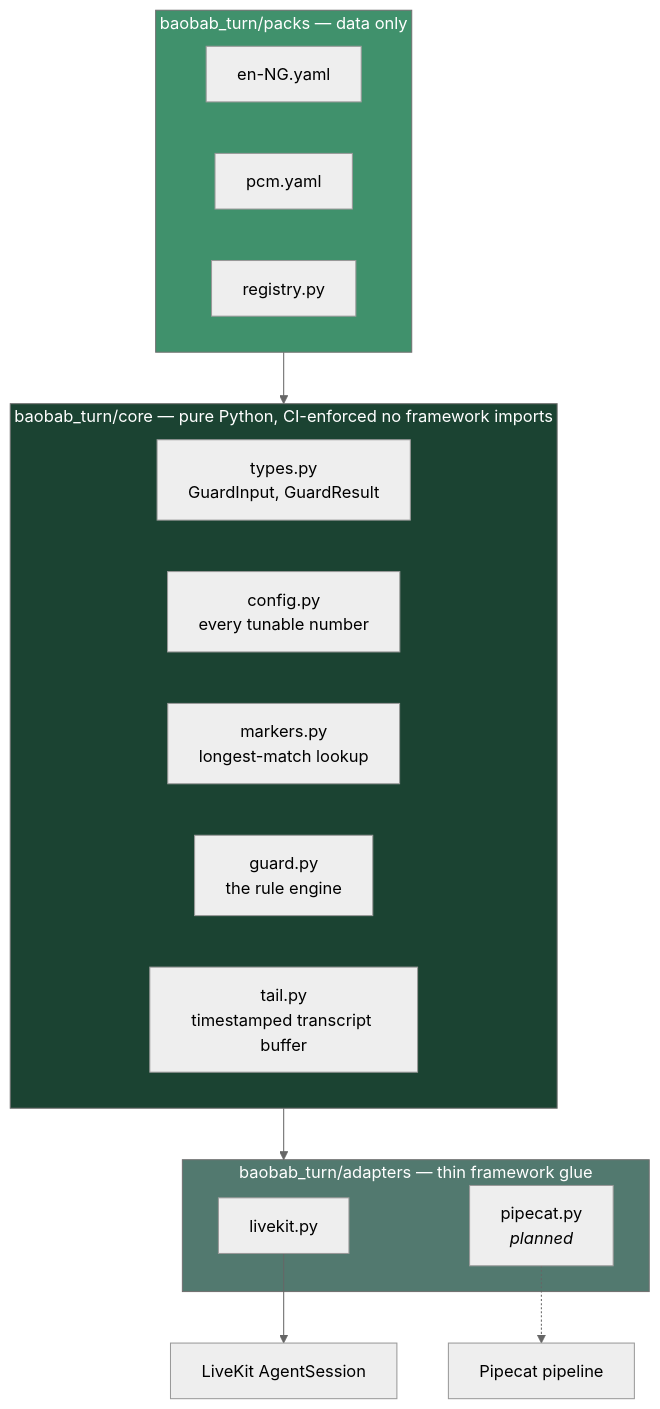
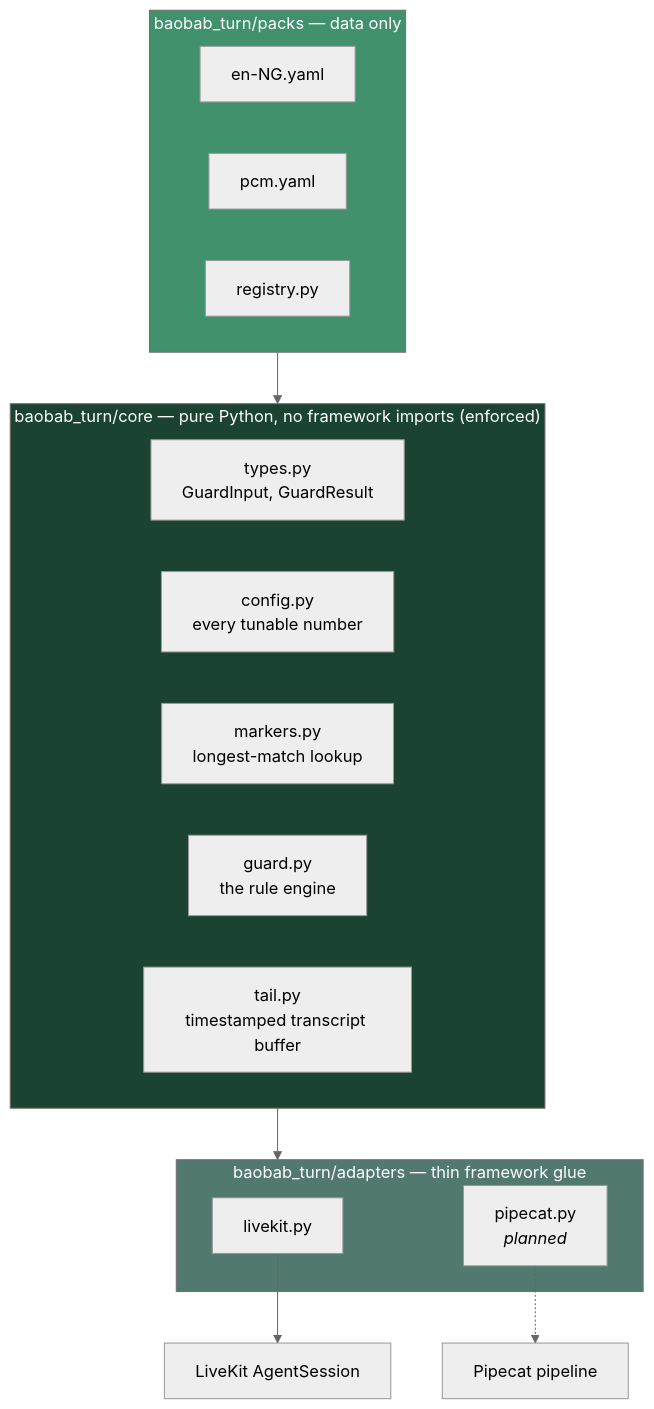
Before and after one commit to Radiant-O/baobab-turn: the third of 4 diagrams in README.md, drawn with Mermaid (neutral theme). The commit also changed other lines of this file and 3 other files, not shown here.

````diff
--- a/README.md
+++ b/README.md
@@ -331,30 +331,30 @@
 ```mermaid
 flowchart TB
-    subgraph core["baobab_turn/core — pure Python, CI-enforced no framework imports"]
+    subgraph core["baobab_turn/core — pure Python, no framework imports (enforced)"]
         T["types.py<br/>GuardInput, GuardResult"]
         C["config.py<br/>every tunable number"]
         M["markers.py<br/>longest-match lookup"]
         G["guard.py<br/>the rule engine"]
         TL["tail.py<br/>timestamped transcript buffer"]
     end
 
     subgraph packs["baobab_turn/packs — data only"]
         Y1["en-NG.yaml"]
         Y2["pcm.yaml"]
         R["registry.py"]
     end
 
     subgraph adapters["baobab_turn/adapters — thin framework glue"]
         LK["livekit.py"]
         PC["pipecat.py<br/><i>planned</i>"]
     end
 
     packs --> core
     core --> adapters
     LK --> LIVEKIT["LiveKit AgentSession"]
     PC -.-> PIPECAT["Pipecat pipeline"]
 
     style core fill:#1b4332,color:#fff
     style packs fill:#40916c,color:#fff
     style adapters fill:#52796f,color:#fff
 ```
````
